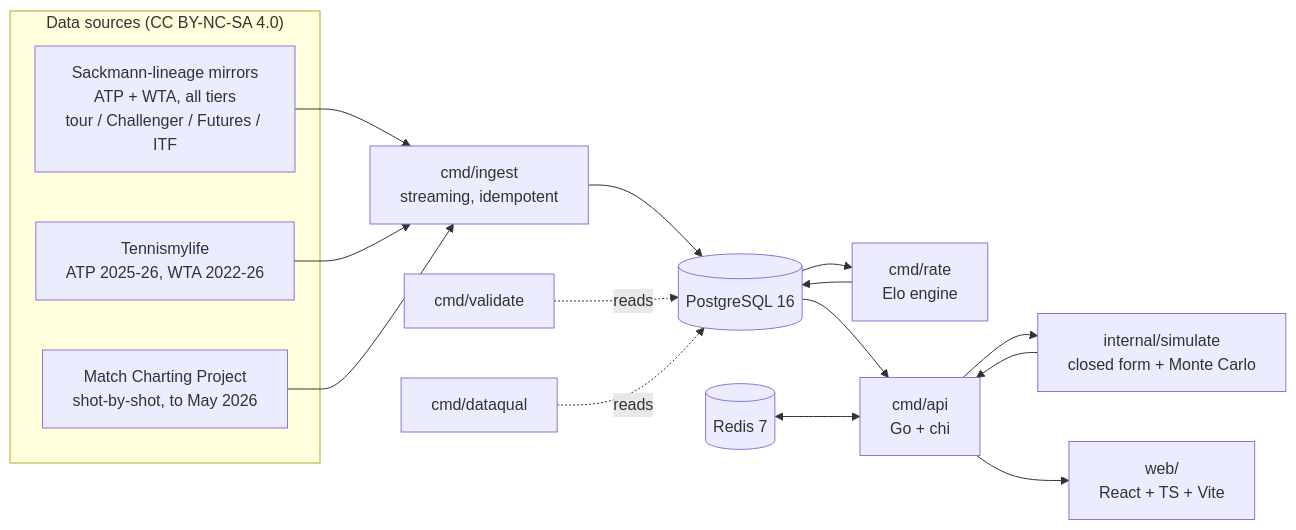
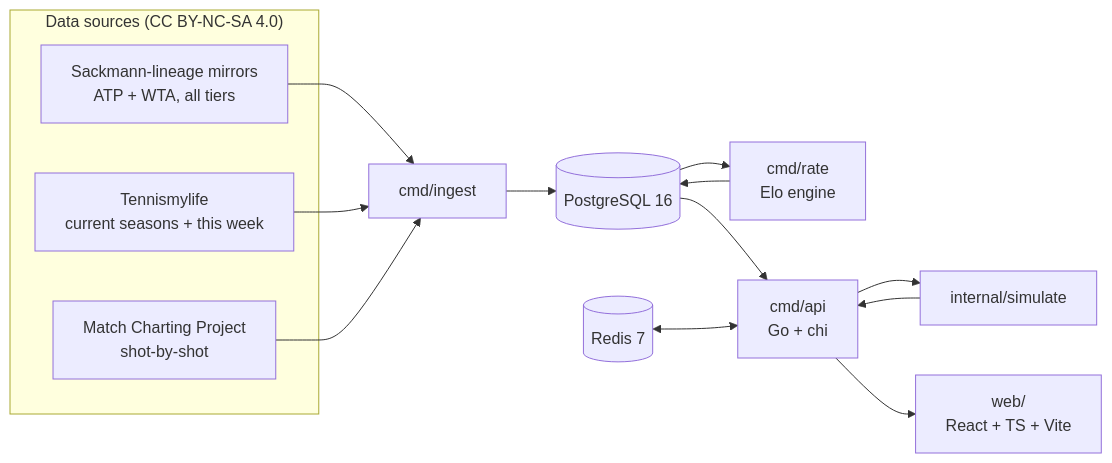
The diagram in README.md (sami0076/deucepoint), drawn with Mermaid before and after one commit. The commit also changed other lines of this file, not shown here.

````diff
--- a/README.md
+++ b/README.md
@@ -43,24 +33,21 @@
 ```mermaid
 flowchart LR
     subgraph sources["Data sources (CC BY-NC-SA 4.0)"]
-        A["Sackmann-lineage mirrors<br/>ATP + WTA, all tiers<br/>tour / Challenger / Futures / ITF"]
-        B["Tennismylife<br/>ATP 2025-26, WTA 2022-26"]
-        C["Match Charting Project<br/>shot-by-shot, to May 2026"]
+        A["Sackmann-lineage mirrors<br/>ATP + WTA, all tiers"]
+        B["Tennismylife<br/>current seasons + this week"]
+        C["Match Charting Project<br/>shot-by-shot"]
     end
 
-    A --> I["cmd/ingest<br/>streaming, idempotent"]
+    A --> I["cmd/ingest"]
     B --> I
     C --> I
 
     I --> PG[("PostgreSQL 16")]
     PG --> R["cmd/rate<br/>Elo engine"]
     R --> PG
     PG --> API["cmd/api<br/>Go + chi"]
     RD[("Redis 7")] <--> API
-    API --> SIM["internal/simulate<br/>closed form + Monte Carlo"]
+    API --> SIM["internal/simulate"]
     SIM --> API
     API --> WEB["web/<br/>React + TS + Vite"]
-
-    V["cmd/validate"] -.reads.-> PG
-    DQ["cmd/dataqual"] -.reads.-> PG
 ```
````
